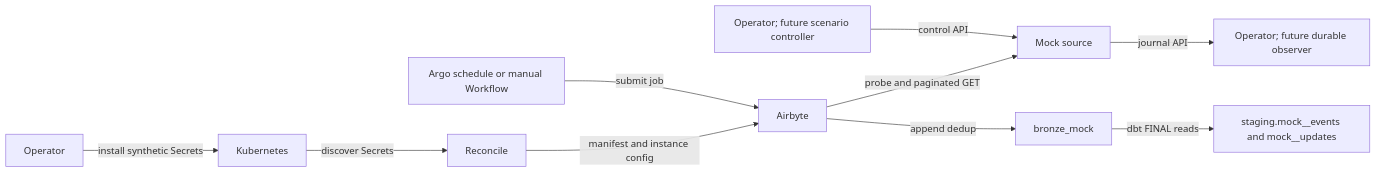
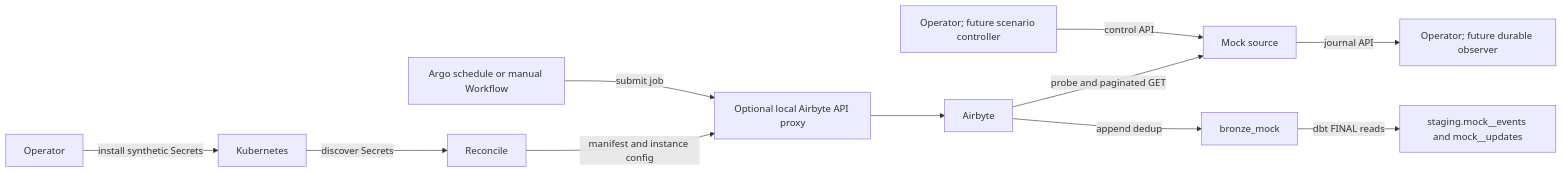
One commit to constructorfabric/insight changed the diagram in docs/testing/SCHEDULING-HARNESS.md. Above: the diagram before and after it, drawn with Mermaid. The commit also changed other lines of this file and 22 other files, not shown here.

````diff
--- a/docs/testing/SCHEDULING-HARNESS.md
+++ b/docs/testing/SCHEDULING-HARNESS.md
@@ -25,12 +25,13 @@
 ```mermaid
 flowchart LR
     Operator -->|install synthetic Secrets| Kubernetes
     Kubernetes -->|discover Secrets| Reconcile
-    Reconcile -->|manifest and instance config| Airbyte
-    Schedule[Argo schedule or manual Workflow] -->|submit job| Airbyte
+    Reconcile -->|manifest and instance config| Proxy[Optional local Airbyte API proxy]
+    Proxy --> Airbyte
+    Schedule[Argo schedule or manual Workflow] -->|submit job| Proxy
     Airbyte -->|probe and paginated GET| Source[Mock source]
     Airbyte -->|append dedup| Bronze[bronze_mock]
     Bronze -->|dbt FINAL reads| Staging[staging.mock__events and mock__updates]
     Controller[Operator; future scenario controller] -->|control API| Source
     Source -->|journal API| Observer[Operator; future durable observer]
 ```
````
